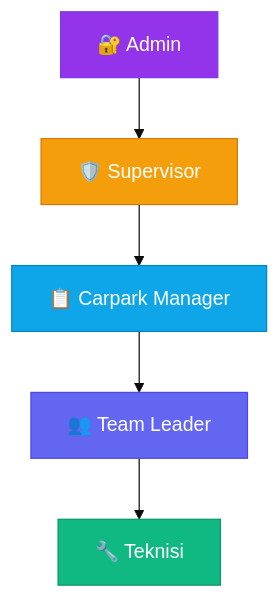
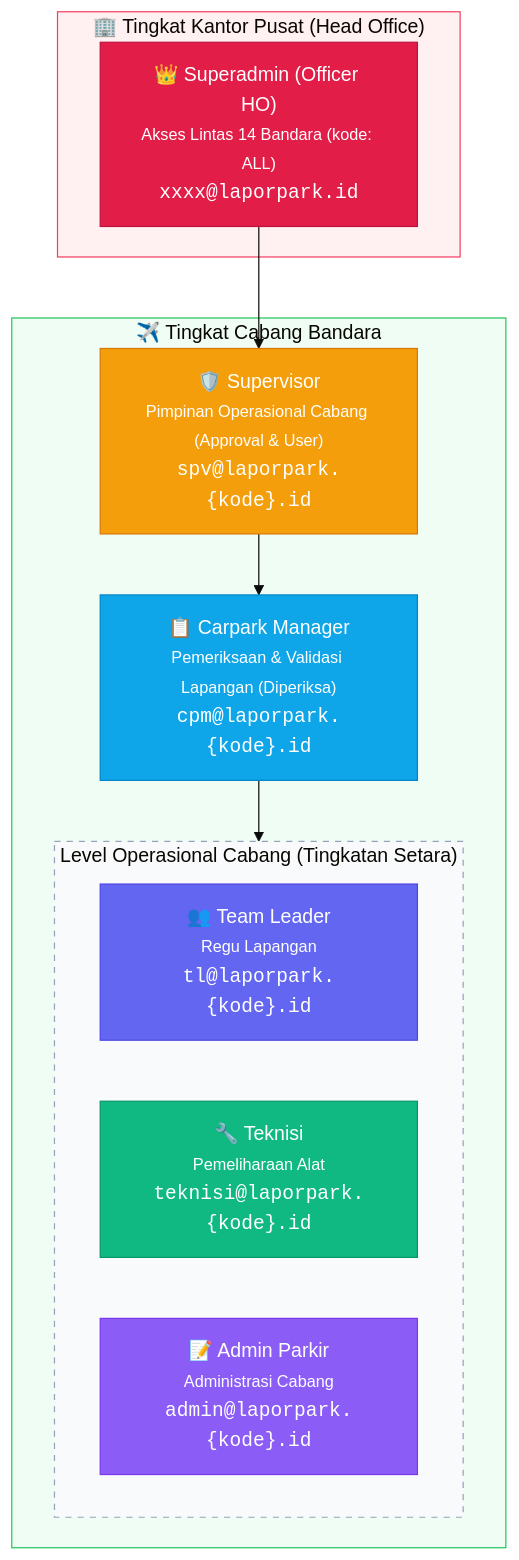
Before and after one commit to protonhuman/Laporpark: the first of 2 diagrams in MANUAL_BOOK.md, drawn with Mermaid (base theme). The commit also changed other lines of this file and 1 other file, not shown here.

Commit message:
docs: sesuaikan hierarki 4 level, pembeda superadmin vs admin parkir, dan format email dinamis bandara

````diff
--- a/MANUAL_BOOK.md
+++ b/MANUAL_BOOK.md
@@ -74,13 +88,31 @@
 ```mermaid
 graph TD
-    A["🔐 Admin"] --> B["🛡️ Supervisor"]
-    B --> C["📋 Carpark Manager"]
-    C --> D["👥 Team Leader"]
-    D --> E["🔧 Teknisi"]
+    subgraph HO["🏢 Tingkat Kantor Pusat (Head Office)"]
+        SA["👑 Superadmin (Officer HO)<br/><small>Akses Lintas 14 Bandara (kode: ALL)</small><br/><code>xxxx@laporpark.id</code>"]
+    end
 
-    style A fill:#9333ea,color:#fff,stroke:#7c3aed
-    style B fill:#f59e0b,color:#fff,stroke:#d97706
-    style C fill:#0ea5e9,color:#fff,stroke:#0284c7
-    style D fill:#6366f1,color:#fff,stroke:#4f46e5
-    style E fill:#10b981,color:#fff,stroke:#059669
+    subgraph CABANG["✈️ Tingkat Cabang Bandara"]
+        SPV["🛡️ Supervisor<br/><small>Pimpinan Operasional Cabang (Approval & User)</small><br/><code>spv@laporpark.{kode}.id</code>"]
+        CPM["📋 Carpark Manager<br/><small>Pemeriksaan & Validasi Lapangan (Diperiksa)</small><br/><code>cpm@laporpark.{kode}.id</code>"]
+        
+        subgraph OPR["Level Operasional Cabang (Tingkatan Setara)"]
+            TL["👥 Team Leader<br/><small>Regu Lapangan</small><br/><code>tl@laporpark.{kode}.id</code>"]
+            TEK["🔧 Teknisi<br/><small>Pemeliharaan Alat</small><br/><code>teknisi@laporpark.{kode}.id</code>"]
+            ADM["📝 Admin Parkir<br/><small>Administrasi Cabang</small><br/><code>admin@laporpark.{kode}.id</code>"]
+        end
+    end
+
+    SA --> SPV
+    SPV --> CPM
+    CPM --> OPR
+
+    style SA fill:#e11d48,color:#fff,stroke:#be123c
+    style SPV fill:#f59e0b,color:#fff,stroke:#d97706
+    style CPM fill:#0ea5e9,color:#fff,stroke:#0284c7
+    style TL fill:#6366f1,color:#fff,stroke:#4f46e5
+    style TEK fill:#10b981,color:#fff,stroke:#059669
+    style ADM fill:#8b5cf6,color:#fff,stroke:#7c3aed
+    style OPR fill:#f8fafc,stroke:#94a3b8,stroke-dasharray: 5 5
+    style HO fill:#fff1f2,stroke:#f43f5e
+    style CABANG fill:#f0fdf4,stroke:#22c55e
 ```
````
